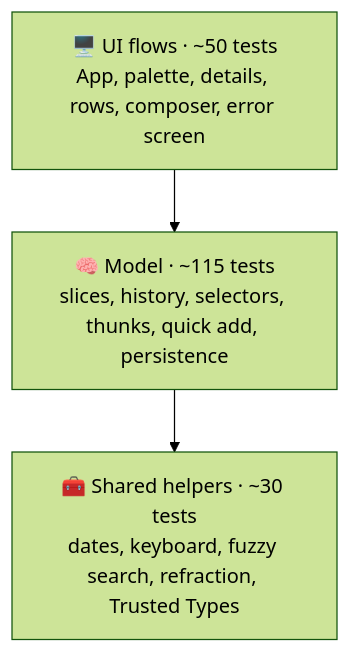
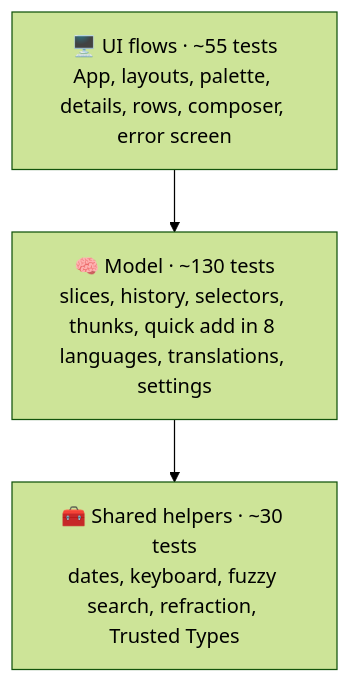
Before and after one commit to sacrificed666/react-todo-app: the diagram in docs/testing.md, drawn with Mermaid (forest theme). The commit also changed other lines of this file and 102 other files, not shown here.

````diff
--- a/docs/testing.md
+++ b/docs/testing.md
@@ -25,7 +25,7 @@
 ```mermaid
 flowchart TB
-  UI["🖥️ UI flows · ~50 tests<br/>App, palette, details, rows, composer, error screen"]
-  Model["🧠 Model · ~115 tests<br/>slices, history, selectors, thunks, quick add, persistence"]
+  UI["🖥️ UI flows · ~55 tests<br/>App, layouts, palette, details, rows, composer, error screen"]
+  Model["🧠 Model · ~130 tests<br/>slices, history, selectors, thunks, quick add in 8 languages, translations, settings"]
   Lib["🧰 Shared helpers · ~30 tests<br/>dates, keyboard, fuzzy search, refraction, Trusted Types"]
   UI --> Model --> Lib
 ```
````
